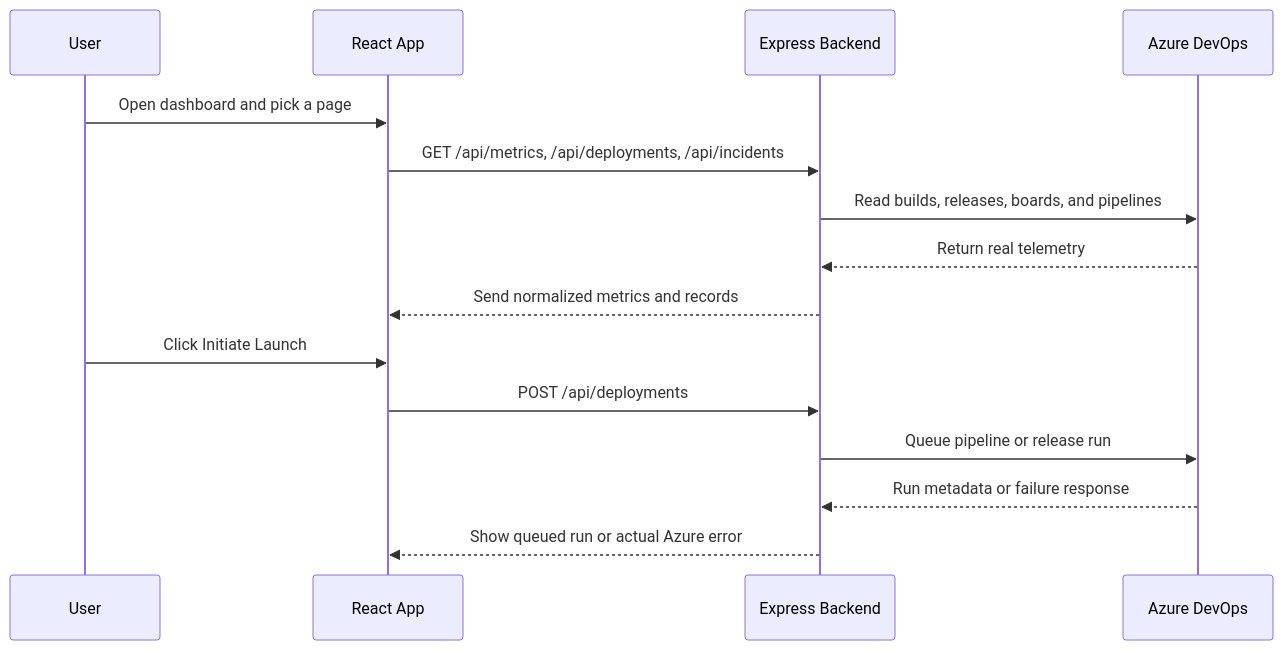
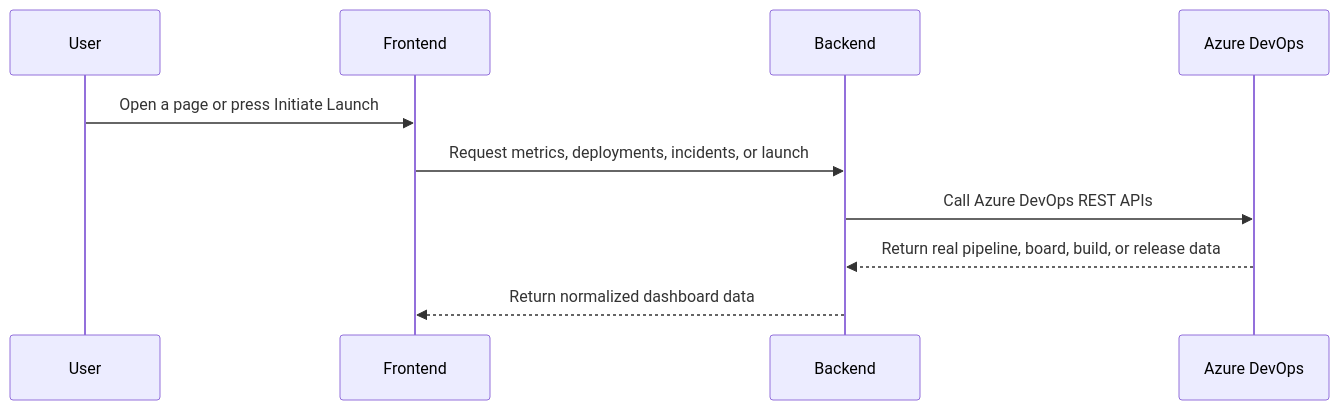
The second of 2 diagrams in README.md (Rudra-Narayan-Pandey/DORA-Dashboard), drawn with Mermaid before and after one commit. The commit also changed other lines of this file, not shown here.

````diff
--- a/README.md
+++ b/README.md
@@ -31,18 +39,13 @@
 ```mermaid
 sequenceDiagram
   participant U as User
-  participant UI as React App
-  participant API as Express Backend
-  participant ADO as Azure DevOps
+  participant F as Frontend
+  participant B as Backend
+  participant A as Azure DevOps
 
-  U->>UI: Open dashboard and pick a page
-  UI->>API: GET /api/metrics, /api/deployments, /api/incidents
-  API->>ADO: Read builds, releases, boards, and pipelines
-  ADO-->>API: Return real telemetry
-  API-->>UI: Send normalized metrics and records
-  U->>UI: Click Initiate Launch
-  UI->>API: POST /api/deployments
-  API->>ADO: Queue pipeline or release run
-  ADO-->>API: Run metadata or failure response
-  API-->>UI: Show queued run or actual Azure error
+  U->>F: Open a page or press Initiate Launch
+  F->>B: Request metrics, deployments, incidents, or launch
+  B->>A: Call Azure DevOps REST APIs
+  A-->>B: Return real pipeline, board, build, or release data
+  B-->>F: Return normalized dashboard data
 ```
````
